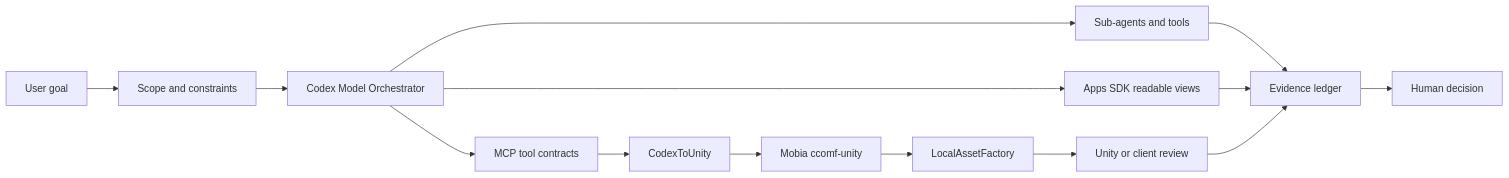
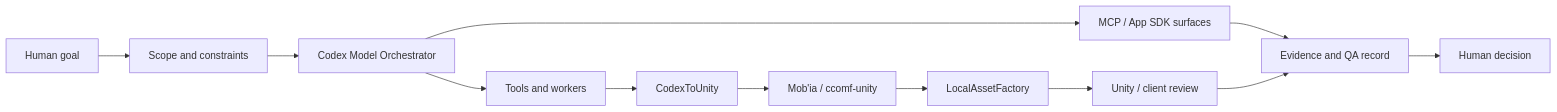
The first of 2 diagrams in docs/ecosystem-map.md (charli-dev420/presentation-projet-agentic), drawn with Mermaid before and after one commit. The commit also changed other lines of this file and 42 other files, not shown here.

````diff
--- a/docs/ecosystem-map.md
+++ b/docs/ecosystem-map.md
@@ -20,16 +13,14 @@
 ```mermaid
 flowchart LR
-    A[User goal] --> B[Scope and constraints]
-    B --> C[Codex Model Orchestrator]
-    C --> D[Sub-agents and tools]
-    C --> E[MCP tool contracts]
-    C --> F[Apps SDK readable views]
-    E --> G[CodexToUnity]
-    G --> H[Mobia ccomf-unity]
-    H --> I[LocalAssetFactory]
-    I --> J[Unity or client review]
-    D --> K[Evidence ledger]
-    F --> K
-    J --> K
-    K --> L[Human decision]
+    A["Human goal"] --> B["Scope and constraints"]
+    B --> C["Codex Model Orchestrator"]
+    C --> D["Tools and workers"]
+    C --> E["MCP / App SDK surfaces"]
+    D --> F["CodexToUnity"]
+    F --> G["Mob'ia / ccomf-unity"]
+    G --> H["LocalAssetFactory"]
+    H --> I["Unity / client review"]
+    E --> J["Evidence and QA record"]
+    I --> J
+    J --> K["Human decision"]
 ```
````
